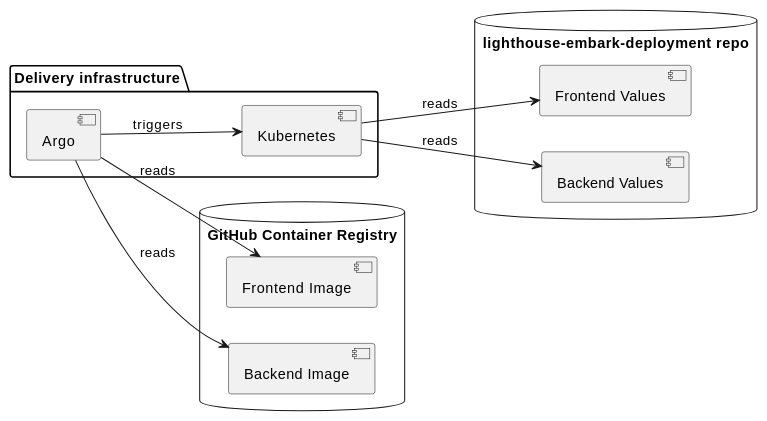
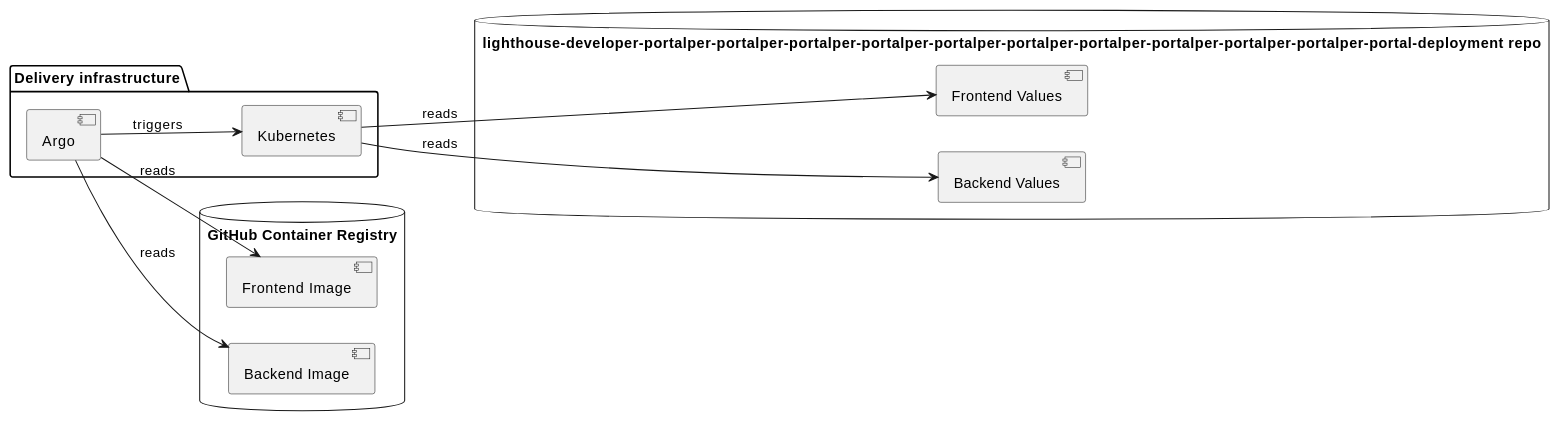
The fourth of 10 diagrams in docs/deployment.md (TS000/lighthouse-developer-portal), drawn with PlantUML before and after one commit. The commit also changed other lines of this file and 32 other files, not shown here.

````diff
--- a/docs/deployment.md
+++ b/docs/deployment.md
@@ -126,25 +126,25 @@
 ```plantuml
 left to right direction
 
 database "GitHub Container Registry" {
   component fe as "Frontend Image"
   component be as "Backend Image"
 }
 
-database "lighthouse-embark-deployment repo" {
+database "lighthouse-developer-portalper-portalper-portalper-portalper-portalper-portalper-portalper-portalper-portalper-portalper-portal-deployment repo" {
   component fev as "Frontend Values"
   component bev as "Backend Values"
 }
 
 
 package "Delivery infrastructure" {
   component argo as "Argo"
   component dep as "Kubernetes"
 }
 
 [argo] --> fe: reads
 [argo] --> be: reads
 [argo] --> dep: triggers
 [dep] --> [fev]: reads
 [dep] --> [bev]: reads
 ```
````
